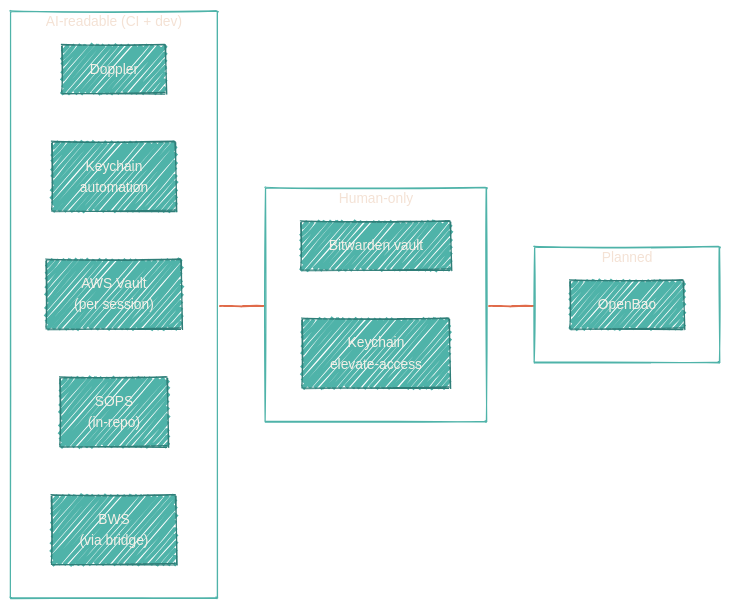
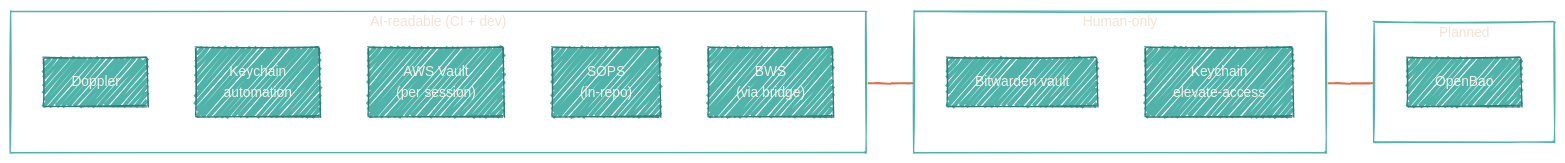
Before and after one commit to dryvist/docs: the diagram in security/overview.mdx, drawn with Mermaid. The commit also changed other lines of this file and 12 other files, not shown here.

````diff
--- a/security/overview.mdx
+++ b/security/overview.mdx
@@ -12,25 +13,25 @@
 ```mermaid
 %%{init: {'theme':'base','look':'handDrawn','themeVariables':{'primaryColor':'#4FB3A9','primaryTextColor':'#F4EFE6','primaryBorderColor':'#2F7E78','lineColor':'#E06B4A','secondaryColor':'#102937','tertiaryColor':'#0B1D2A','clusterBkg':'transparent','clusterBorder':'#4FB3A9','fontFamily':'Geist','fontSize':'15px'}}}%%
 flowchart LR
   subgraph AI_OK["AI-readable (CI + dev)"]
-    direction LR
+    direction TB
     Dop["Doppler"]
     KcA["Keychain<br/>automation"]
     Av["AWS Vault<br/>(per session)"]
     Sops["SOPS<br/>(in-repo)"]
     Bws["BWS<br/>(via bridge)"]
   end
   subgraph Human["Human-only"]
-    direction LR
+    direction TB
     Bw["Bitwarden vault"]
     KcE["Keychain<br/>elevate-access"]
   end
   subgraph Planned["Planned"]
-    direction LR
+    direction TB
     Ob["OpenBao"]
   end
   AI_OK --- Human
   Human --- Planned
 
   linkStyle default stroke:#E06B4A,stroke-width:2px
 ```
````
